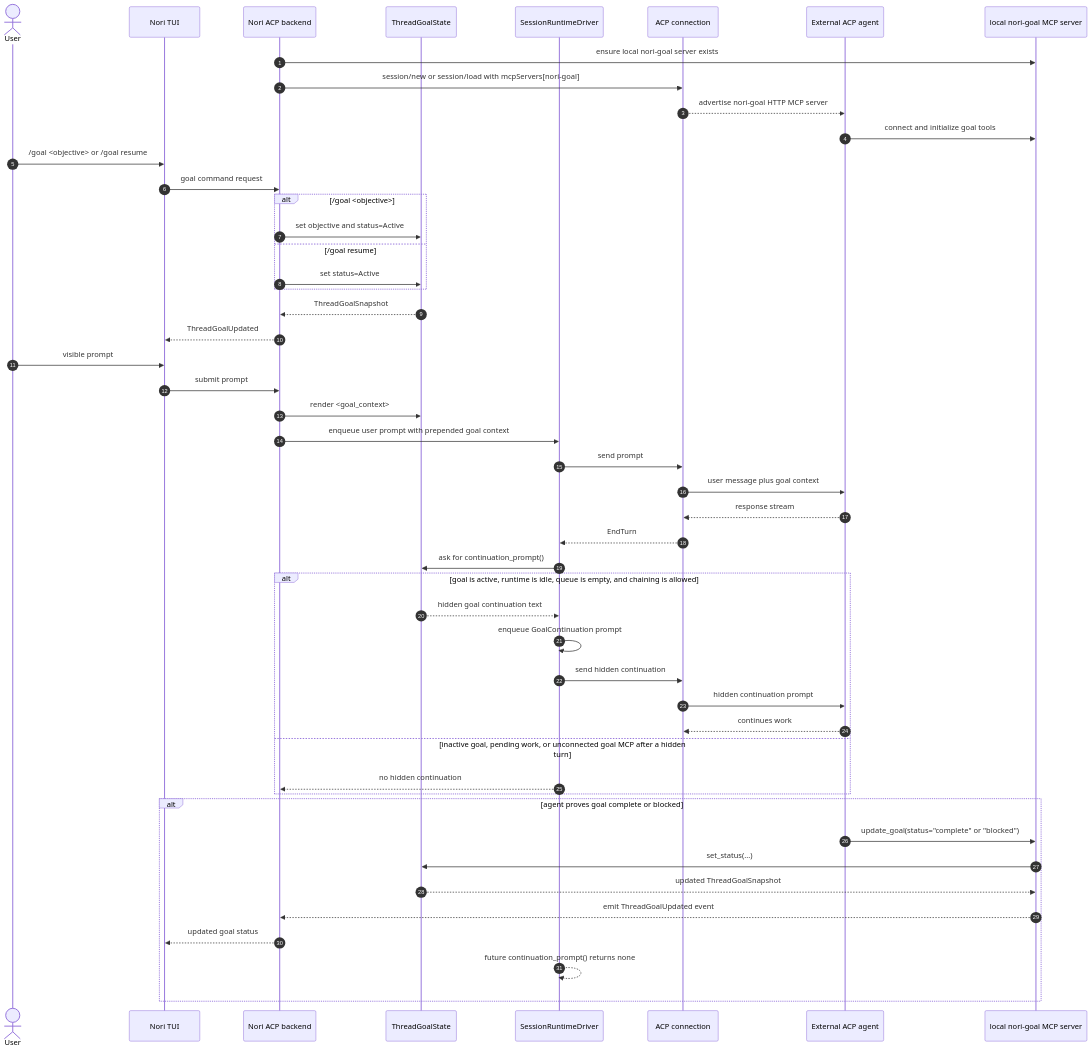
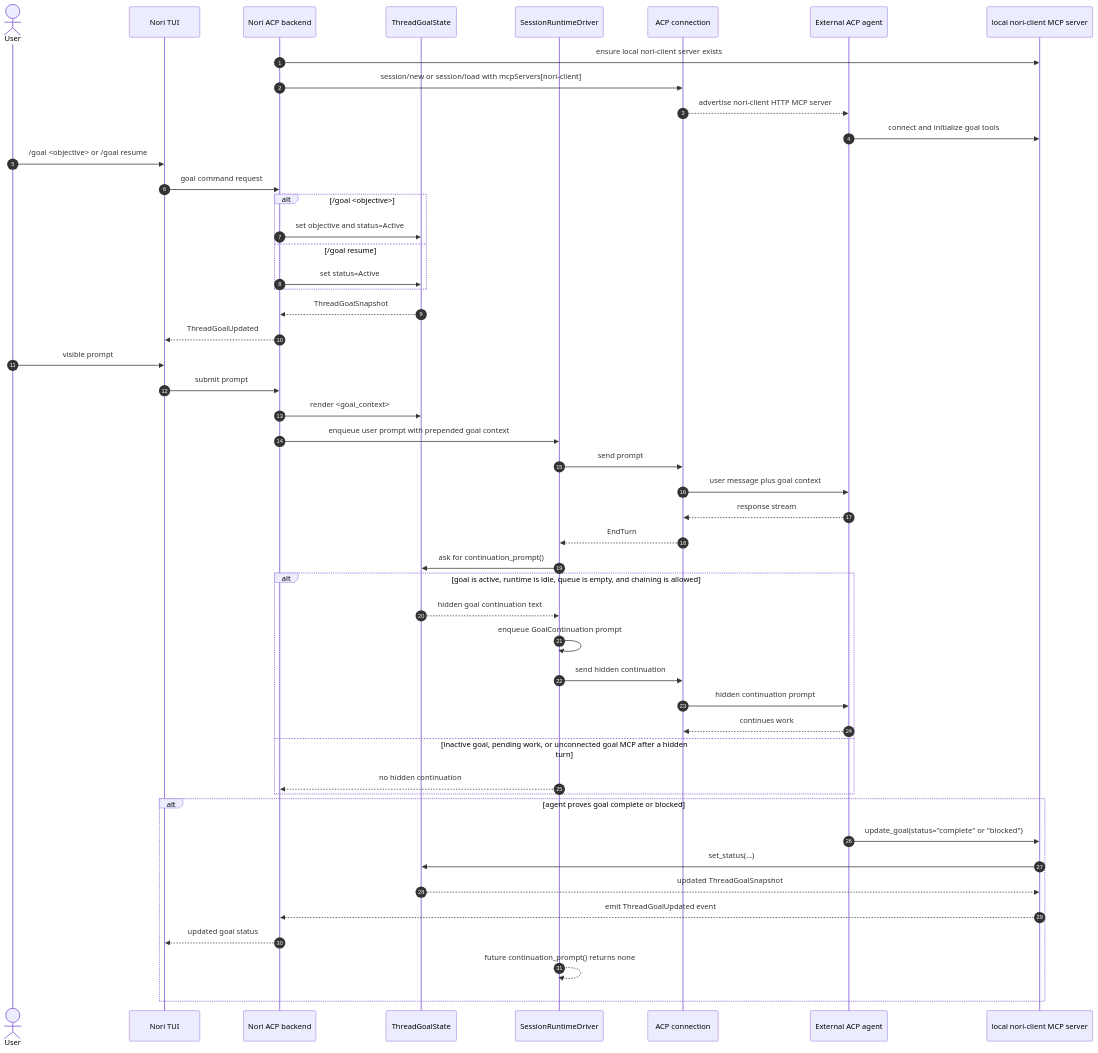
The second of 2 diagrams in goal-command-architecture-diagrams.md (tilework-tech/nori-cli), drawn with Mermaid before and after one commit. The commit also changed other lines of this file and 1 other file, not shown here.

First line of the commit message:
docs(goal): document nori-client rmcp server (was hand-rolled nori-goal)

````diff
--- a/goal-command-architecture-diagrams.md
+++ b/goal-command-architecture-diagrams.md
@@ -130,56 +130,56 @@
 ```mermaid
 sequenceDiagram
     autonumber
     actor User
     participant TUI as Nori TUI
     participant Backend as Nori ACP backend
     participant GoalState as ThreadGoalState
     participant Runtime as SessionRuntimeDriver
     participant ACP as ACP connection
     participant Agent as External ACP agent
-    participant MCP as local nori-goal MCP server
+    participant MCP as local nori-client MCP server
 
-    Backend->>MCP: ensure local nori-goal server exists
-    Backend->>ACP: session/new or session/load with mcpServers[nori-goal]
-    ACP-->>Agent: advertise nori-goal HTTP MCP server
+    Backend->>MCP: ensure local nori-client server exists
+    Backend->>ACP: session/new or session/load with mcpServers[nori-client]
+    ACP-->>Agent: advertise nori-client HTTP MCP server
     Agent->>MCP: connect and initialize goal tools
 
     User->>TUI: /goal <objective> or /goal resume
     TUI->>Backend: goal command request
     alt /goal <objective>
         Backend->>GoalState: set objective and status=Active
     else /goal resume
         Backend->>GoalState: set status=Active
     end
     GoalState-->>Backend: ThreadGoalSnapshot
     Backend-->>TUI: ThreadGoalUpdated
 
     User->>TUI: visible prompt
     TUI->>Backend: submit prompt
     Backend->>GoalState: render <goal_context>
     Backend->>Runtime: enqueue user prompt with prepended goal context
     Runtime->>ACP: send prompt
     ACP->>Agent: user message plus goal context
     Agent-->>ACP: response stream
     ACP-->>Runtime: EndTurn
 
     Runtime->>GoalState: ask for continuation_prompt()
     alt goal is active, runtime is idle, queue is empty, and chaining is allowed
         GoalState-->>Runtime: hidden goal continuation text
         Runtime->>Runtime: enqueue GoalContinuation prompt
         Runtime->>ACP: send hidden continuation
         ACP->>Agent: hidden continuation prompt
         Agent-->>ACP: continues work
     else inactive goal, pending work, or unconnected goal MCP after a hidden turn
         Runtime-->>Backend: no hidden continuation
     end
 
     alt agent proves goal complete or blocked
         Agent->>MCP: update_goal(status="complete" or "blocked")
         MCP->>GoalState: set_status(...)
         GoalState-->>MCP: updated ThreadGoalSnapshot
         MCP-->>Backend: emit ThreadGoalUpdated event
         Backend-->>TUI: updated goal status
         Runtime-->>Runtime: future continuation_prompt() returns none
     end
 ```
````
